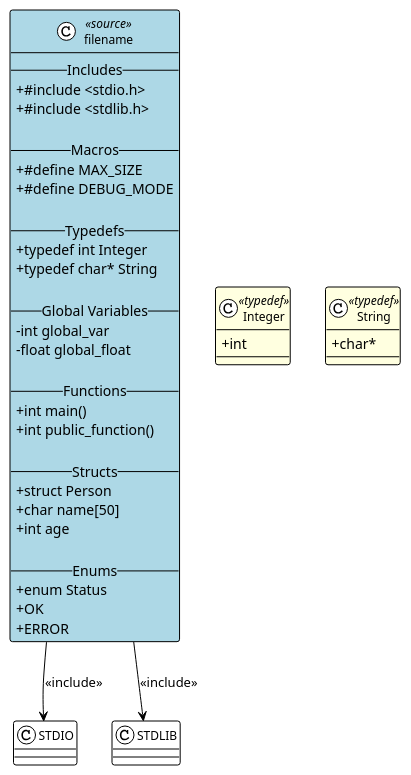
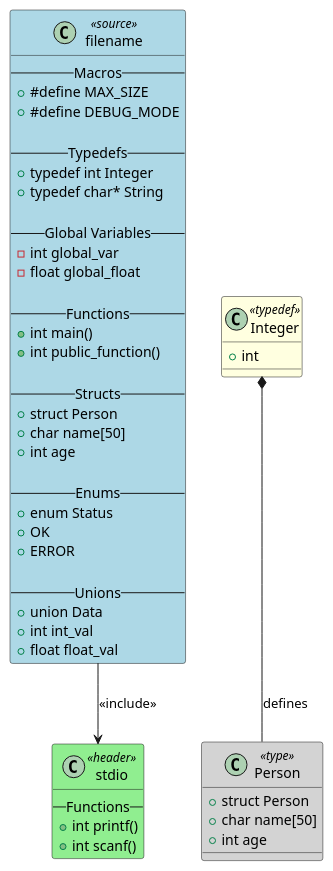
Before and after one commit to fischerjooo/c2puml: the diagram in README.md, drawn with PlantUML. The commit also changed other lines of this file and 17 other files, not shown here.

````diff
--- a/README.md
+++ b/README.md
@@ -128,55 +173,61 @@
 ```plantuml
 @startuml filename
-!theme plain
-skinparam classAttributeIconSize 0
-skinparam classFontSize 12
-skinparam classFontName Arial
 
 class "filename" as FILENAME <<source>> #LightBlue
 {
-    -- Includes --
-    + #include <stdio.h>
-    + #include <stdlib.h>
-
     -- Macros --
     + #define MAX_SIZE
     + #define DEBUG_MODE
 
     -- Typedefs --
     + typedef int Integer
     + typedef char* String
 
     -- Global Variables --
     - int global_var
     - float global_float
 
     -- Functions --
     + int main()
     + int public_function()
 
     -- Structs --
     + struct Person
         + char name[50]
         + int age
 
     -- Enums --
     + enum Status
         + OK
         + ERROR
+
+    -- Unions --
+    + union Data
+        + int int_val
+        + float float_val
 }
 
-class "Integer" as INTEGER <<typedef>> #LightYellow
+class "stdio" as HEADER_STDIO <<header>> #LightGreen
+{
+    -- Functions --
+    + int printf()
+    + int scanf()
+}
+
+class "Integer" as TYPEDEF_INTEGER <<typedef>> #LightYellow
 {
     + int
 }
 
-class "String" as STRING <<typedef>> #LightYellow
+class "Person" as TYPE_PERSON <<type>> #LightGray
 {
-    + char*
+    + struct Person
+        + char name[50]
+        + int age
 }
 
-FILENAME --> STDIO : <<include>>
-FILENAME --> STDLIB : <<include>>
+FILENAME --> HEADER_STDIO : <<include>>
+TYPEDEF_INTEGER *-- TYPE_PERSON : «defines»
 
 @enduml
 ```
````
